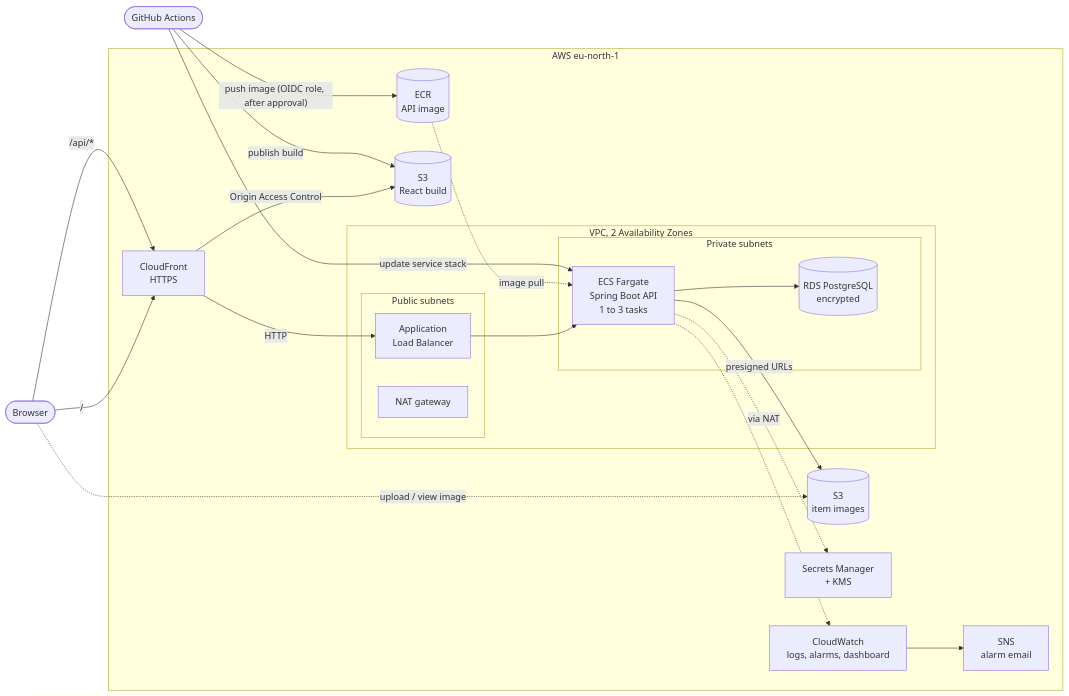
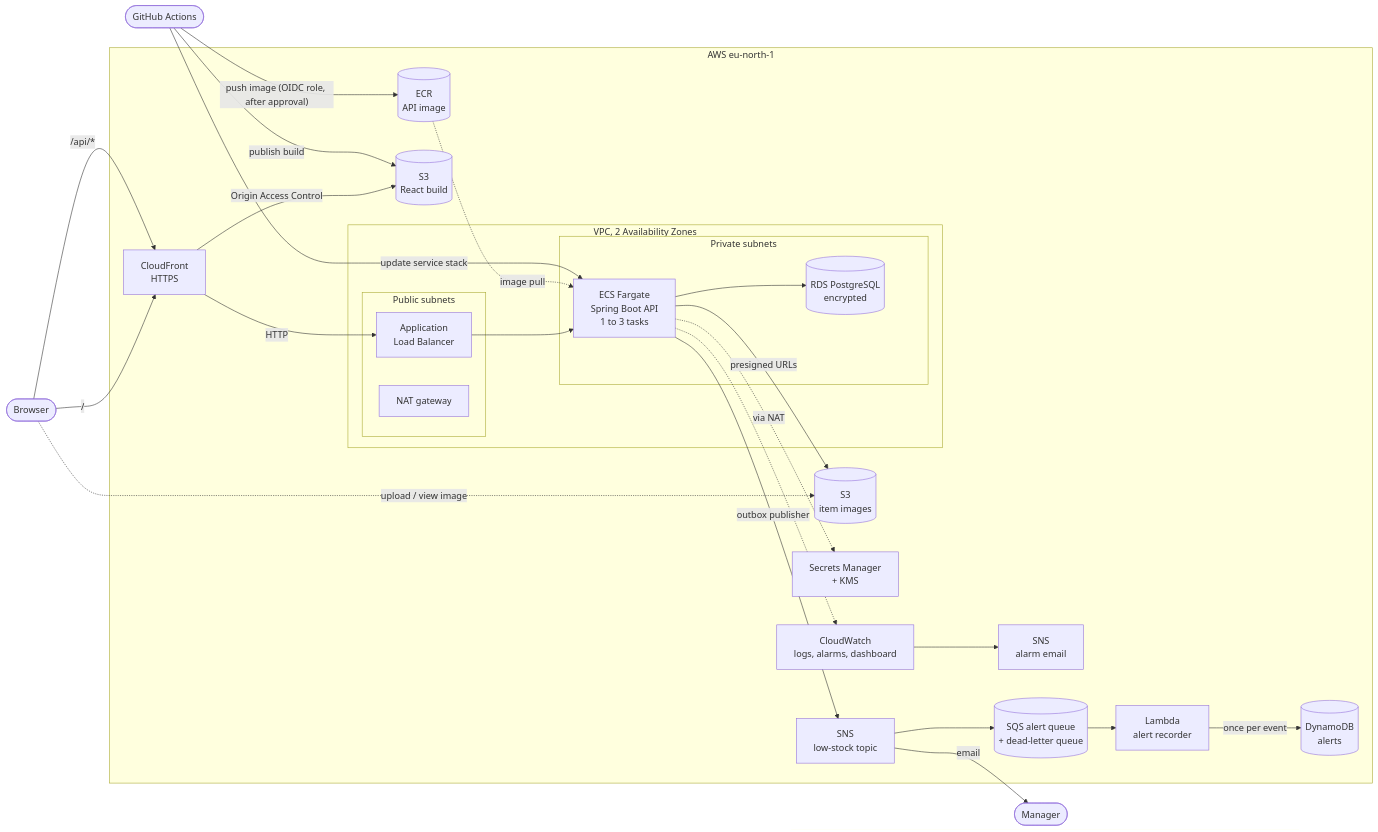
One commit to Priyanka-Roy-Dey/Inventory-Management changed the diagram in README.md. Above: the diagram before and after it, drawn with Mermaid. The commit also changed other lines of this file and 13 other files, not shown here.

Commit message:
INV-17, INV-18: publish low-stock alerts through SNS and SQS, and record them in DynamoDB

````diff
--- a/README.md
+++ b/README.md
@@ -20,41 +20,48 @@
 ```mermaid
 flowchart LR
   user([Browser])
   gh([GitHub Actions])
 
   subgraph aws[AWS eu-north-1]
     cf[CloudFront<br/>HTTPS]
     web[(S3<br/>React build)]
     images[(S3<br/>item images)]
 
     subgraph vpc[VPC, 2 Availability Zones]
       subgraph public[Public subnets]
         alb[Application<br/>Load Balancer]
         nat[NAT gateway]
       end
       subgraph private[Private subnets]
         ecs[ECS Fargate<br/>Spring Boot API<br/>1 to 3 tasks]
         rds[(RDS PostgreSQL<br/>encrypted)]
       end
     end
 
     ecr[(ECR<br/>API image)]
     sm[Secrets Manager<br/>+ KMS]
     cw[CloudWatch<br/>logs, alarms, dashboard]
     sns[SNS<br/>alarm email]
+    lowstock[SNS<br/>low-stock topic]
+    queue[(SQS alert queue<br/>+ dead-letter queue)]
+    recorder[Lambda<br/>alert recorder]
+    alerts[(DynamoDB<br/>alerts)]
   end
 
   user -->|"/"| cf
   user -->|"/api/*"| cf
   cf -->|Origin Access Control| web
   cf -->|HTTP| alb --> ecs
   ecs --> rds
   ecs -->|presigned URLs| images
   user -.->|upload / view image| images
   ecs -.->|via NAT| sm
   ecr -.->|image pull| ecs
   ecs -.-> cw --> sns
+  ecs -->|outbox publisher| lowstock
+  lowstock -->|email| manager([Manager])
+  lowstock --> queue --> recorder -->|once per event| alerts
   gh -->|"push image (OIDC role, after approval)"| ecr
   gh -->|update service stack| ecs
   gh -->|publish build| web
 ```
````
